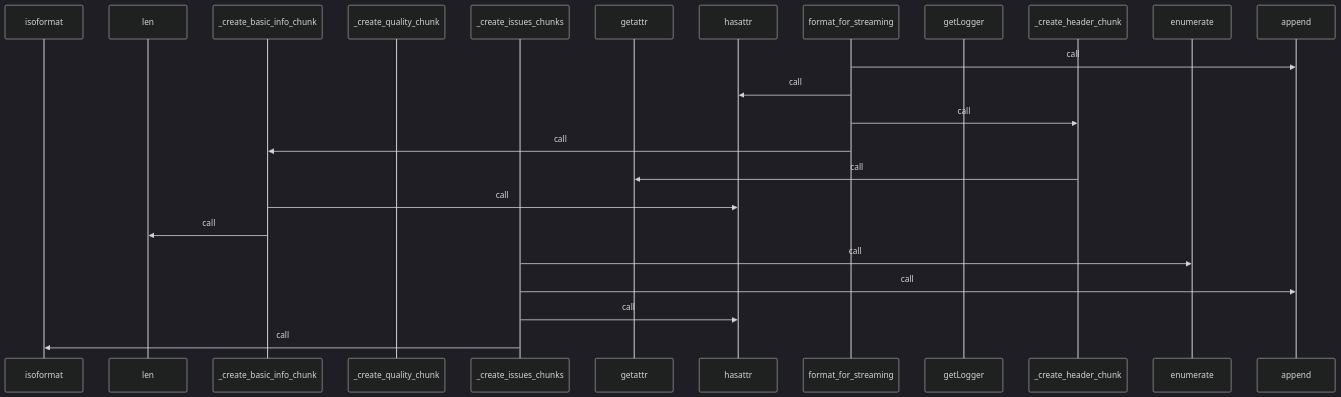
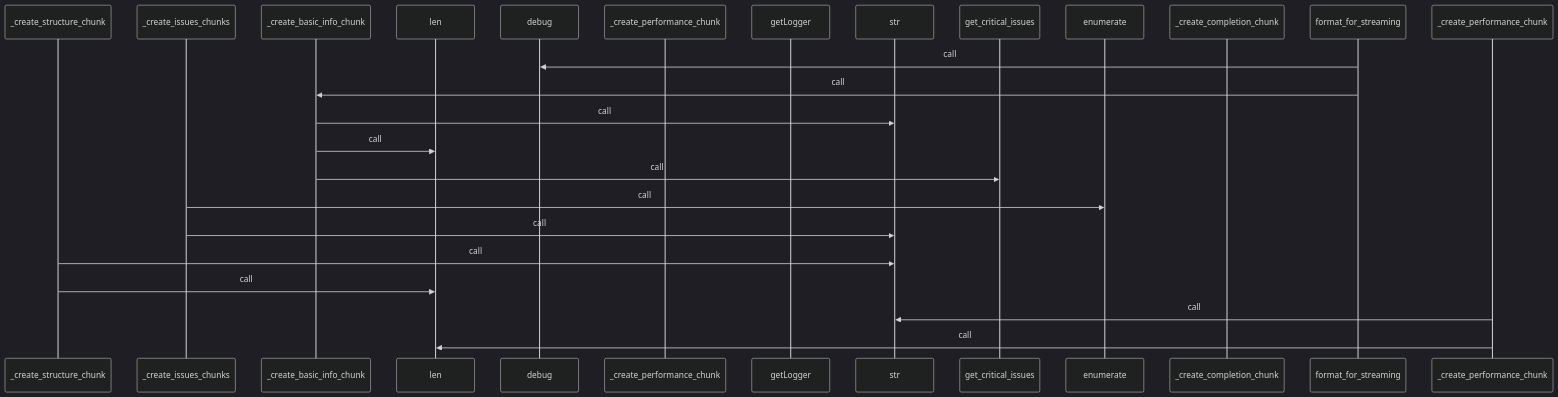
One commit to yeonjae-personal/codemuse-backend changed the third of 4 diagrams in generated_docs/rule_analyzer/formatters/streaming_formatter.md. Above: the diagram before and after it, drawn with Mermaid (dark theme). The commit also changed other lines of this file and 3378 other files, not shown here.

````diff
--- a/generated_docs/rule_analyzer/formatters/streaming_formatter.md
+++ b/generated_docs/rule_analyzer/formatters/streaming_formatter.md
@@ -192,26 +192,26 @@
 ```mermaid
 sequenceDiagram
-  participant isoformat as isoformat
+  participant _create_structure_chunk as _create_structure_chunk
+  participant _create_issues_chunks as _create_issues_chunks
+  participant _create_basic_info_chunk as _create_basic_info_chunk
   participant len as len
-  participant _create_basic_info_chunk as _create_basic_info_chunk
-  participant _create_quality_chunk as _create_quality_chunk
-  participant _create_issues_chunks as _create_issues_chunks
-  participant getattr as getattr
-  participant hasattr as hasattr
+  participant debug as debug
+  participant _create_performance_chun as _create_performance_chunk
+  participant getLogger as getLogger
+  participant str as str
+  participant get_critical_issues as get_critical_issues
+  participant enumerate as enumerate
+  participant _create_completion_chunk as _create_completion_chunk
   participant format_for_streaming as format_for_streaming
-  participant getLogger as getLogger
-  participant _create_header_chunk as _create_header_chunk
-  participant enumerate as enumerate
-  participant append as append
-  format_for_streaming->>append: call
-  format_for_streaming->>hasattr: call
-  format_for_streaming->>_create_header_chunk: call
+  format_for_streaming->>debug: call
   format_for_streaming->>_create_basic_info_chunk: call
-  _create_header_chunk->>getattr: call
-  _create_basic_info_chunk->>hasattr: call
+  _create_basic_info_chunk->>str: call
   _create_basic_info_chunk->>len: call
+  _create_basic_info_chunk->>get_critical_issues: call
   _create_issues_chunks->>enumerate: call
-  _create_issues_chunks->>append: call
-  _create_issues_chunks->>hasattr: call
-  _create_issues_chunks->>isoformat: call
+  _create_issues_chunks->>str: call
+  _create_structure_chunk->>str: call
+  _create_structure_chunk->>len: call
+  _create_performance_chunk->>str: call
+  _create_performance_chunk->>len: call
 ```
````
